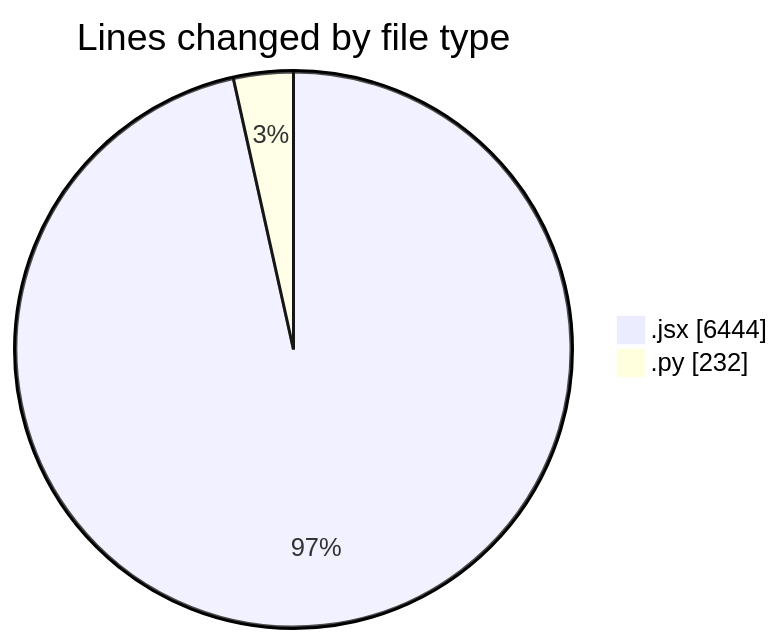
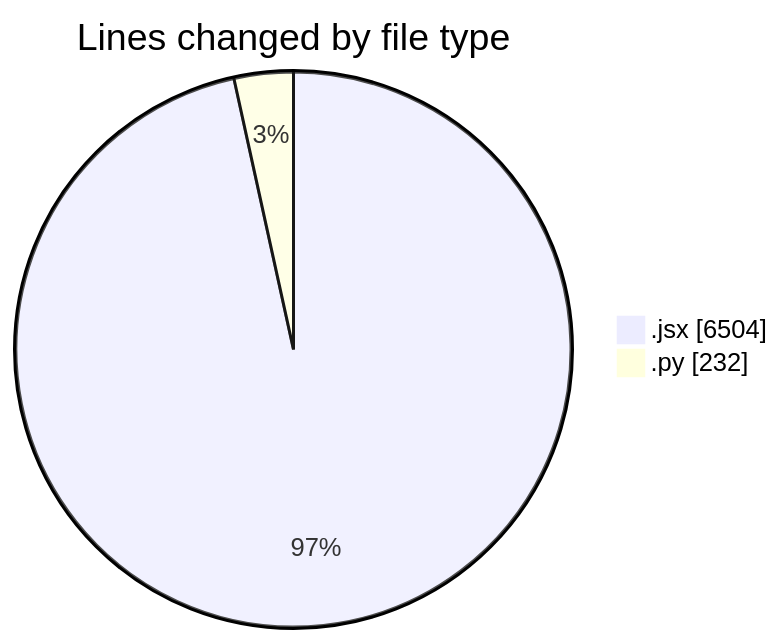
The first of 2 diagrams in 2025-05-20/nxtqube_webapp/README.md (nxtqubesakshisongat/code-tracking), drawn with Mermaid before and after one commit. The commit also changed other lines of this file and 1 other file, not shown here.

````diff
--- a/2025-05-20/nxtqube_webapp/README.md
+++ b/2025-05-20/nxtqube_webapp/README.md
@@ -25,6 +25,6 @@
 ```mermaid
 pie showData
 title Lines changed by file type
-".jsx" : 6444
+".jsx" : 6504
 ".py" : 232
 ```
````
